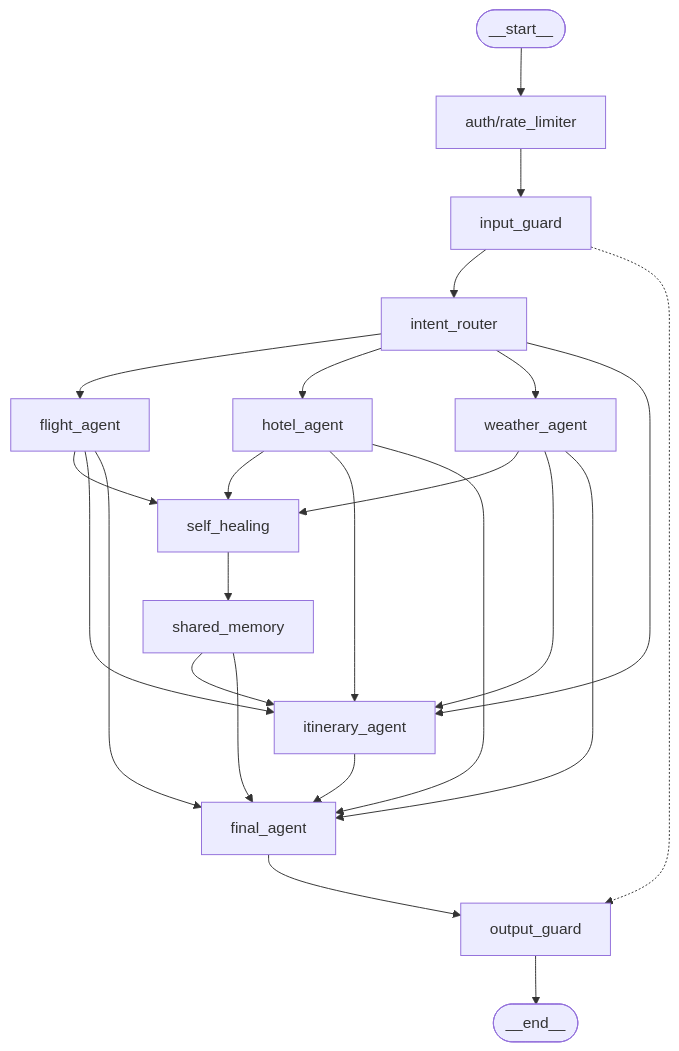
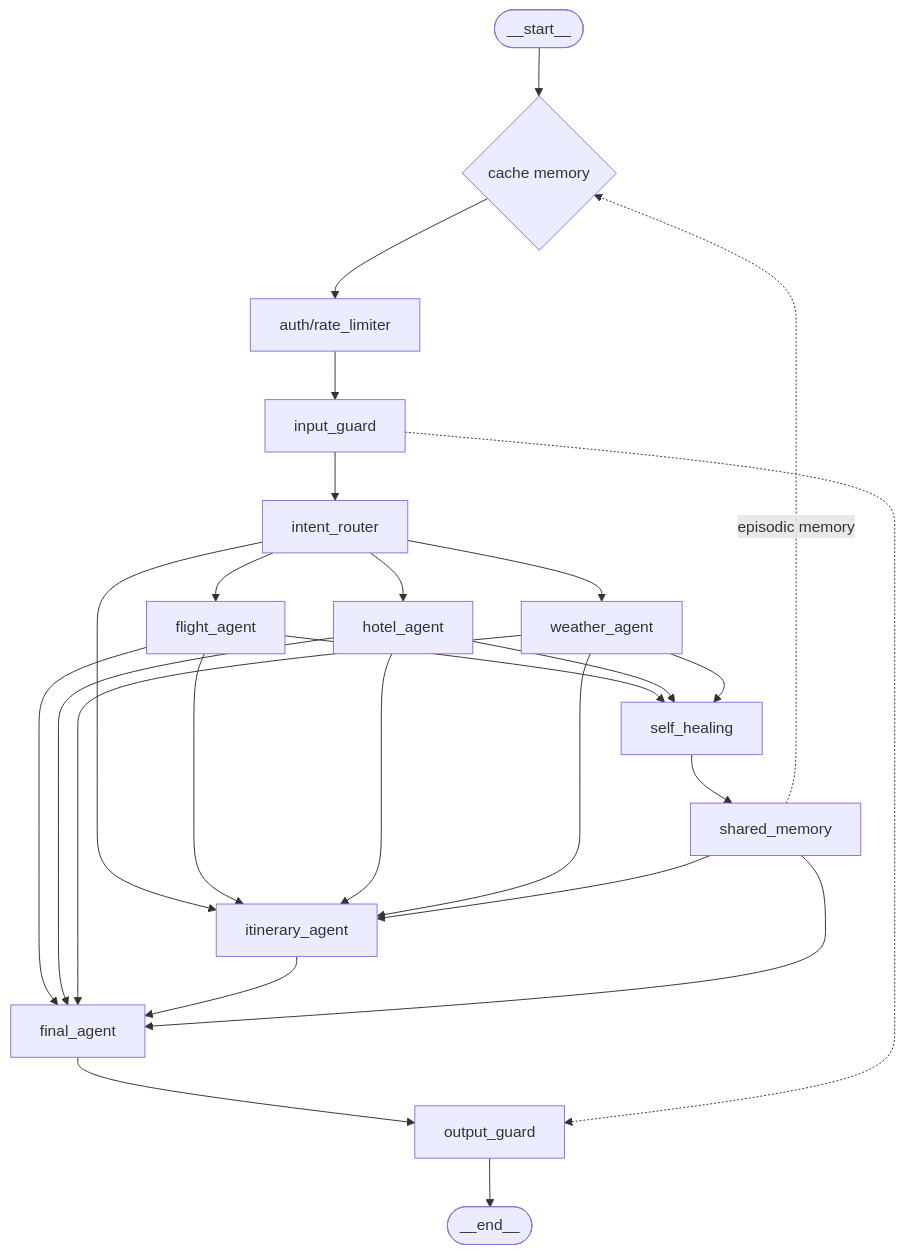
The diagram in README.md (mohamed2012004/Travel-Mate-AI), drawn with Mermaid before and after one commit.

Commit message:
refactor(diagram): update system design flowchart to include cache memory for improved architecture

````diff
--- a/README.md
+++ b/README.md
@@ -46,27 +46,29 @@
 ```mermaid
 flowchart TD
     Start([__start__])
-    Start --> Edge["auth/rate_limiter"]
+    Start --> Cache{"cache memory"}
+    Cache --> Edge["auth/rate_limiter"]
     Edge --> InputGuard["input_guard"]
     InputGuard --> Router["intent_router"]
     Router --> Flight["flight_agent"]
     Router --> Hotel["hotel_agent"]
     Router --> Weather["weather_agent"]
     Router --> Itinerary["itinerary_agent"]
     Flight --> Healing["self_healing"]
     Hotel --> Healing
     Weather --> Healing
     Healing --> Shared["shared_memory"]
     Flight --> Itinerary
     Hotel --> Itinerary
     Weather --> Itinerary
     Shared --> Itinerary
+    Shared -.->|episodic memory| Cache
     Flight --> Final["final_agent"]
     Hotel --> Final
     Weather --> Final
     Itinerary --> Final
     Shared --> Final
     Final --> OutputGuard["output_guard"]
     OutputGuard --> End([__end__])
     InputGuard -.-> OutputGuard
 ```
````
